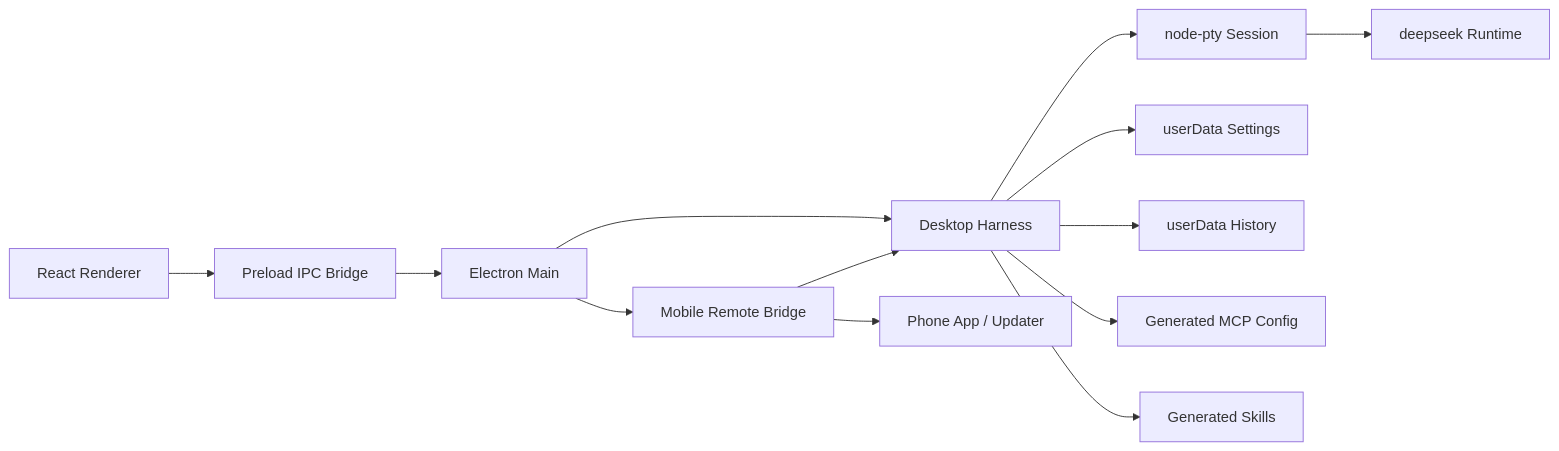
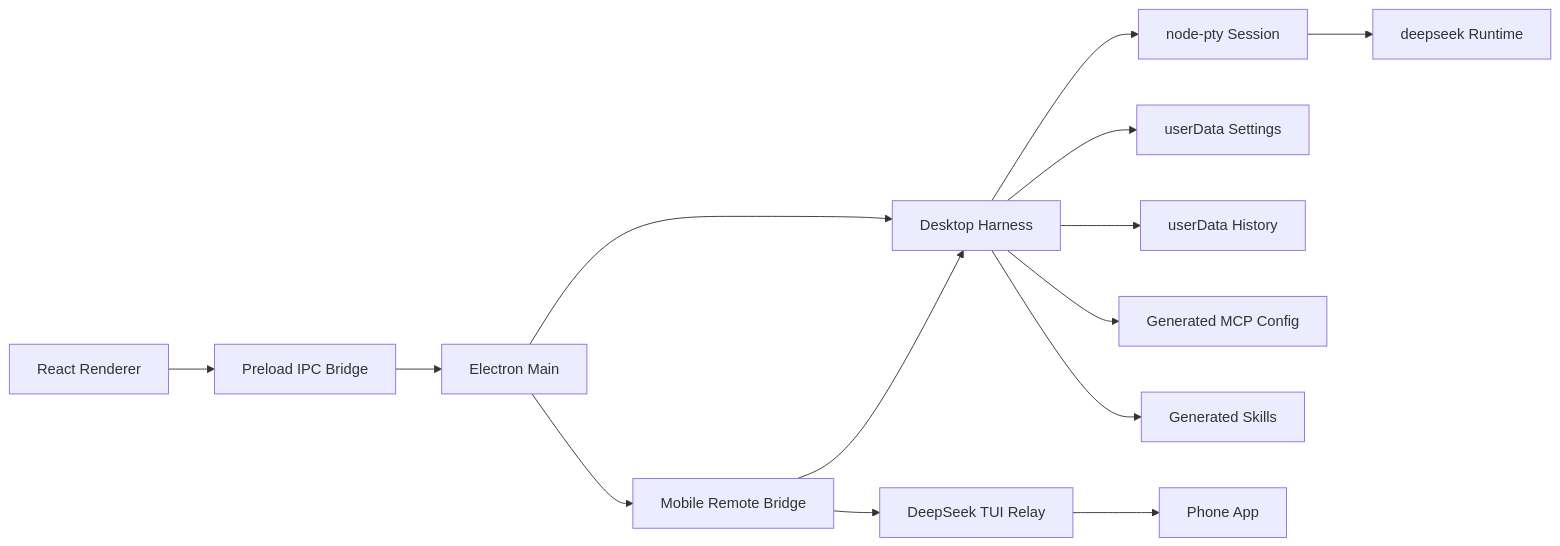
One commit to w66917759-commits/deepseek-tui-desktop changed the diagram in docs/architecture.md. Above: the diagram before and after it, drawn with Mermaid. The commit also changed other lines of this file and 8 other files, not shown here.

````diff
--- a/docs/architecture.md
+++ b/docs/architecture.md
@@ -24,15 +24,16 @@
 ```mermaid
 flowchart LR
   UI["React Renderer"] --> Bridge["Preload IPC Bridge"]
   Bridge --> Main["Electron Main"]
   Main --> Harness["Desktop Harness"]
   Harness --> PTY["node-pty Session"]
   PTY --> DeepSeek["deepseek Runtime"]
   Harness --> Store["userData Settings"]
   Harness --> History["userData History"]
   Harness --> MCP["Generated MCP Config"]
   Harness --> Skills["Generated Skills"]
   Main --> Remote["Mobile Remote Bridge"]
-  Remote --> Phone["Phone App / Updater"]
+  Remote --> Relay["DeepSeek TUI Relay"]
+  Relay --> Phone["Phone App"]
   Remote --> Harness
 ```
````
